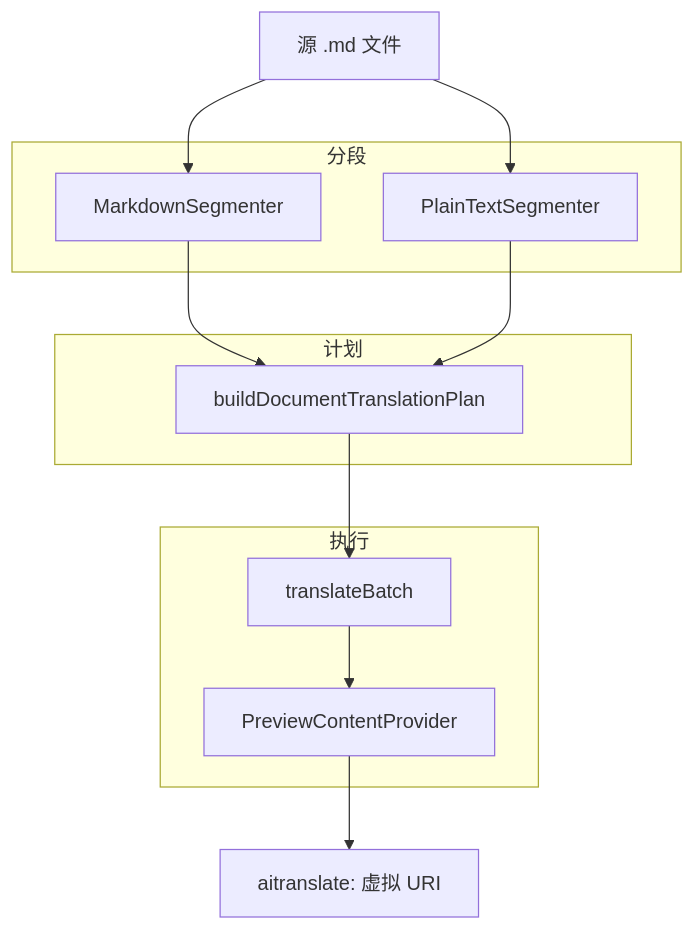
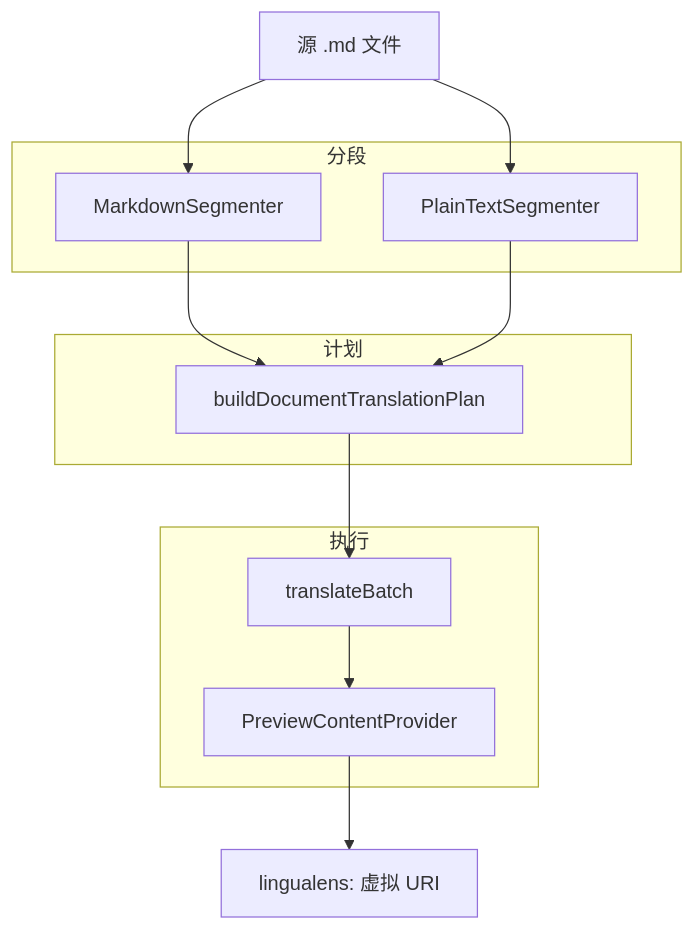
One commit to samuelj1519/lingua-lens changed the third of 3 diagrams in docs/zh-CN/explanation/architecture.md. Above: the diagram before and after it, drawn with Mermaid. The commit also changed other lines of this file and 113 other files, not shown here.

````diff
--- a/docs/zh-CN/explanation/architecture.md
+++ b/docs/zh-CN/explanation/architecture.md
@@ -65,21 +65,21 @@
 ```mermaid
 flowchart TB
   subgraph segment [分段]
     MD[MarkdownSegmenter]
     PT[PlainTextSegmenter]
   end
   subgraph plan [计划]
     P[buildDocumentTranslationPlan]
   end
   subgraph exec [执行]
     TB[translateBatch]
     PR[PreviewContentProvider]
   end
   SRC[源 .md 文件] --> MD
   SRC --> PT
   MD --> P
   PT --> P
   P --> TB
   TB --> PR
-  PR --> PV[aitranslate: 虚拟 URI]
+  PR --> PV[lingualens: 虚拟 URI]
 ```
````
